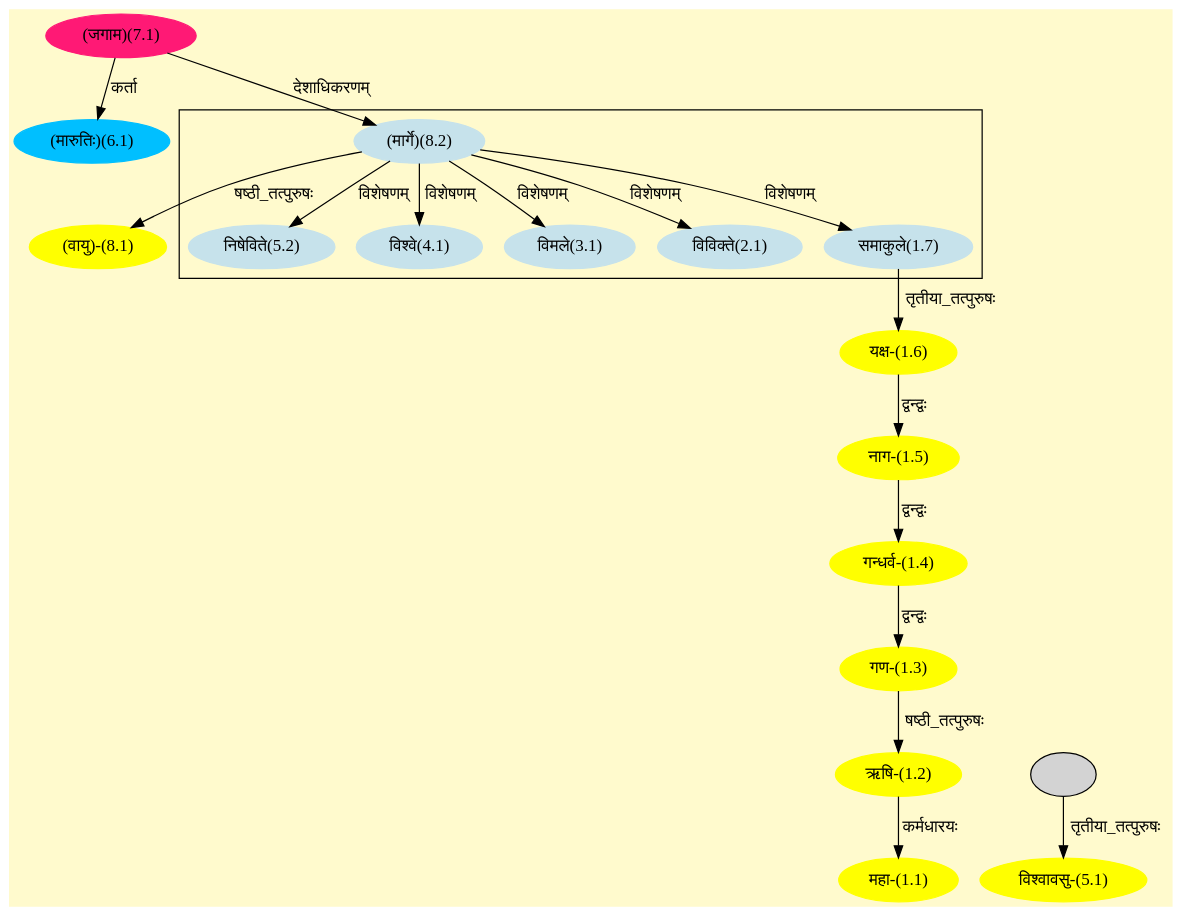
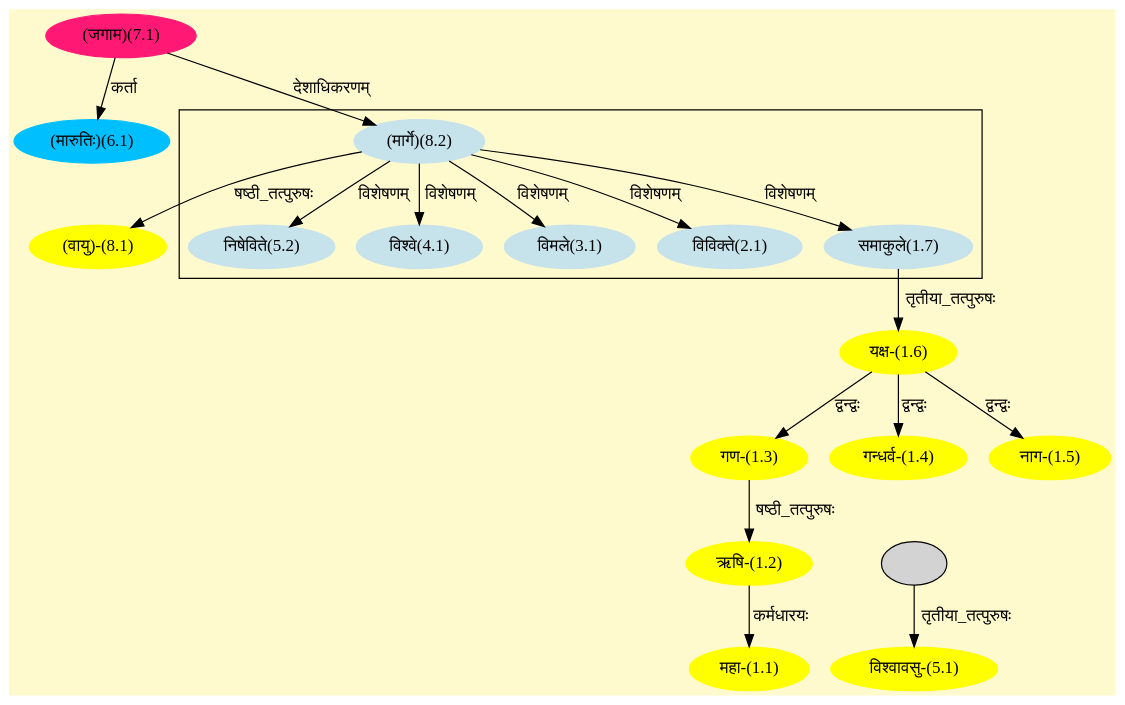
One commit to amarranjan1/skd.github.io changed the diagram in assets/graphs/01_167_1.dot. Above: the diagram before and after it, drawn with Graphviz. The commit also changed 258 other files, not shown here.

```diff
--- a/assets/graphs/01_167_1.dot
+++ b/assets/graphs/01_167_1.dot
@@ -1,46 +1,46 @@
 digraph G{
 rankdir=BT;
  compound=true;
  bgcolor="lemonchiffon1";
 
 subgraph cluster_1{
 Node1_7 [style=filled, color="#C6E2EB" label = "समाकुले(1.7)"]
 Node8_2 [style=filled, color="#C6E2EB" label = "(मार्गे)(8.2)"]
 Node2_1 [style=filled, color="#C6E2EB" label = "विविक्ते(2.1)"]
 Node3_1 [style=filled, color="#C6E2EB" label = "विमले(3.1)"]
 Node4_1 [style=filled, color="#C6E2EB" label = "विश्वे(4.1)"]
 Node5_2 [style=filled, color="#C6E2EB" label = "निषेविते(5.2)"]
 
 }
 Node1_1 [style=filled, color="#FFFF00" label = "महा-(1.1)"]
 Node1_2 [style=filled, color="#FFFF00" label = "ऋषि-(1.2)"]
 Node1_3 [style=filled, color="#FFFF00" label = "गण-(1.3)"]
+Node1_6 [style=filled, color="#FFFF00" label = "यक्ष-(1.6)"]
 Node1_4 [style=filled, color="#FFFF00" label = "गन्धर्व-(1.4)"]
 Node1_5 [style=filled, color="#FFFF00" label = "नाग-(1.5)"]
-Node1_6 [style=filled, color="#FFFF00" label = "यक्ष-(1.6)"]
 Node1_7 [style=filled, color="#C6E2EB" label = "समाकुले(1.7)"]
 Node5_1 [style=filled, color="#FFFF00" label = "विश्वावसु-(5.1)"]
 Node5_3 [style=filled, color="" label = ""]
 Node6_1 [style=filled, color="#00BFFF" label = "(मारुतिः)(6.1)"]
 Node7_1 [style=filled, color="#FF1975" label = "(जगाम)(7.1)"]
 Node [style=filled, color="" label = "()"]
 Node8_1 [style=filled, color="#FFFF00" label = "(वायु)-(8.1)"]
 Node8_2 [style=filled, color="#C6E2EB" label = "(मार्गे)(8.2)"]
 /* Start of Relations section */
 
 Node1_1 -> Node1_2 [  label="कर्मधारयः"  dir="back" ]
 Node1_2 -> Node1_3 [  label="षष्ठी_तत्पुरुषः"  dir="back" ]
-Node1_3 -> Node1_4 [  label="द्वन्द्वः"  dir="back" ]
-Node1_4 -> Node1_5 [  label="द्वन्द्वः"  dir="back" ]
+Node1_3 -> Node1_6 [  label="द्वन्द्वः"  dir="back" ]
+Node1_4 -> Node1_6 [  label="द्वन्द्वः"  dir="back" ]
 Node1_5 -> Node1_6 [  label="द्वन्द्वः"  dir="back" ]
 Node1_6 -> Node1_7 [  label="तृतीया_तत्पुरुषः"  dir="back" ]
 Node1_7 -> Node8_2 [  label="विशेषणम्"  dir="back" ]
 Node2_1 -> Node8_2 [  label="विशेषणम्"  dir="back" ]
 Node3_1 -> Node8_2 [  label="विशेषणम्"  dir="back" ]
 Node4_1 -> Node8_2 [  label="विशेषणम्"  dir="back" ]
 Node5_1 -> Node5_3 [  label="तृतीया_तत्पुरुषः"  dir="back" ]
 Node5_2 -> Node8_2 [  label="विशेषणम्"  dir="back" ]
 Node6_1 -> Node7_1 [  label="कर्ता"  dir="back" ]
 Node8_1 -> Node8_2 [  label="षष्ठी_तत्पुरुषः"  dir="back" ]
 Node8_2 -> Node7_1 [  label="देशाधिकरणम्"  dir="back" ]
 }
```
